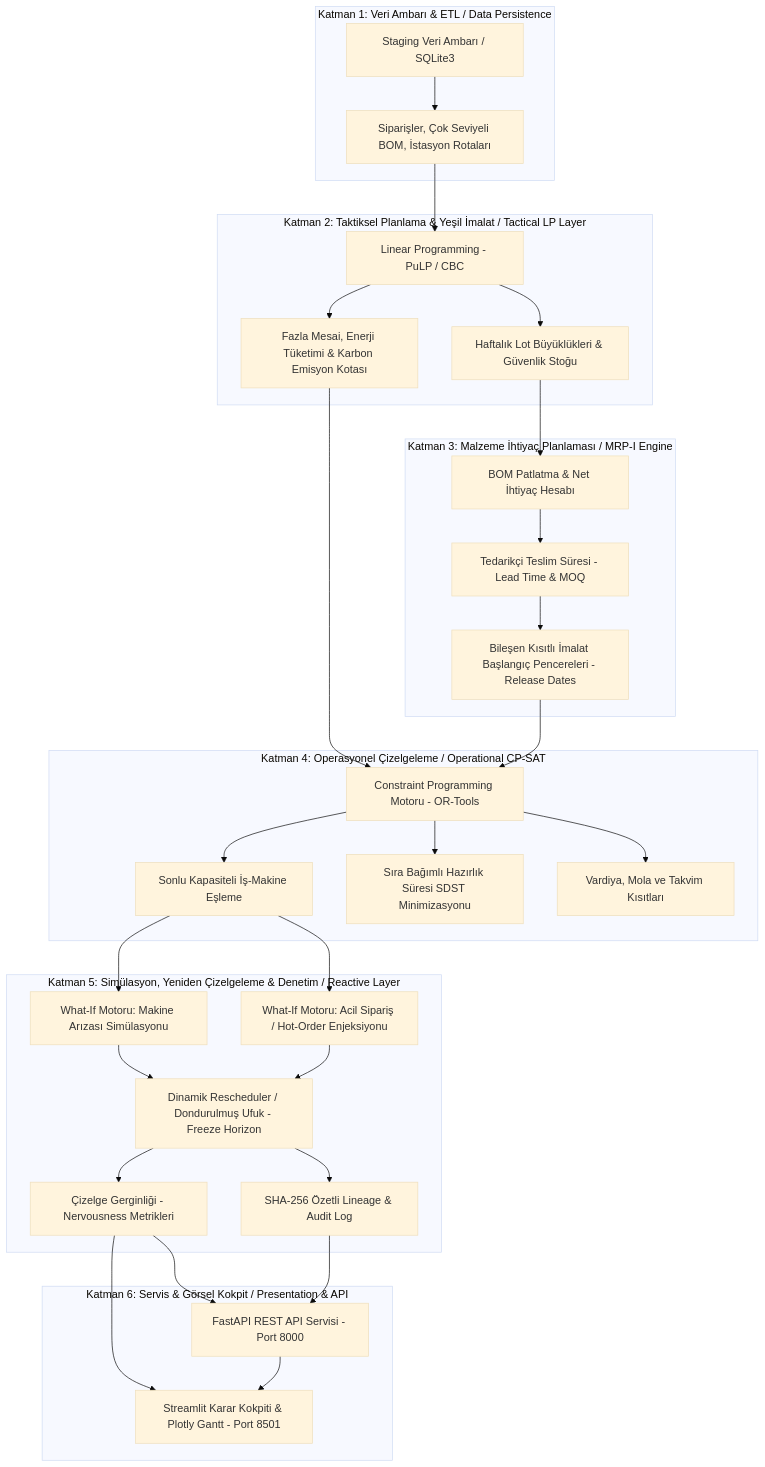
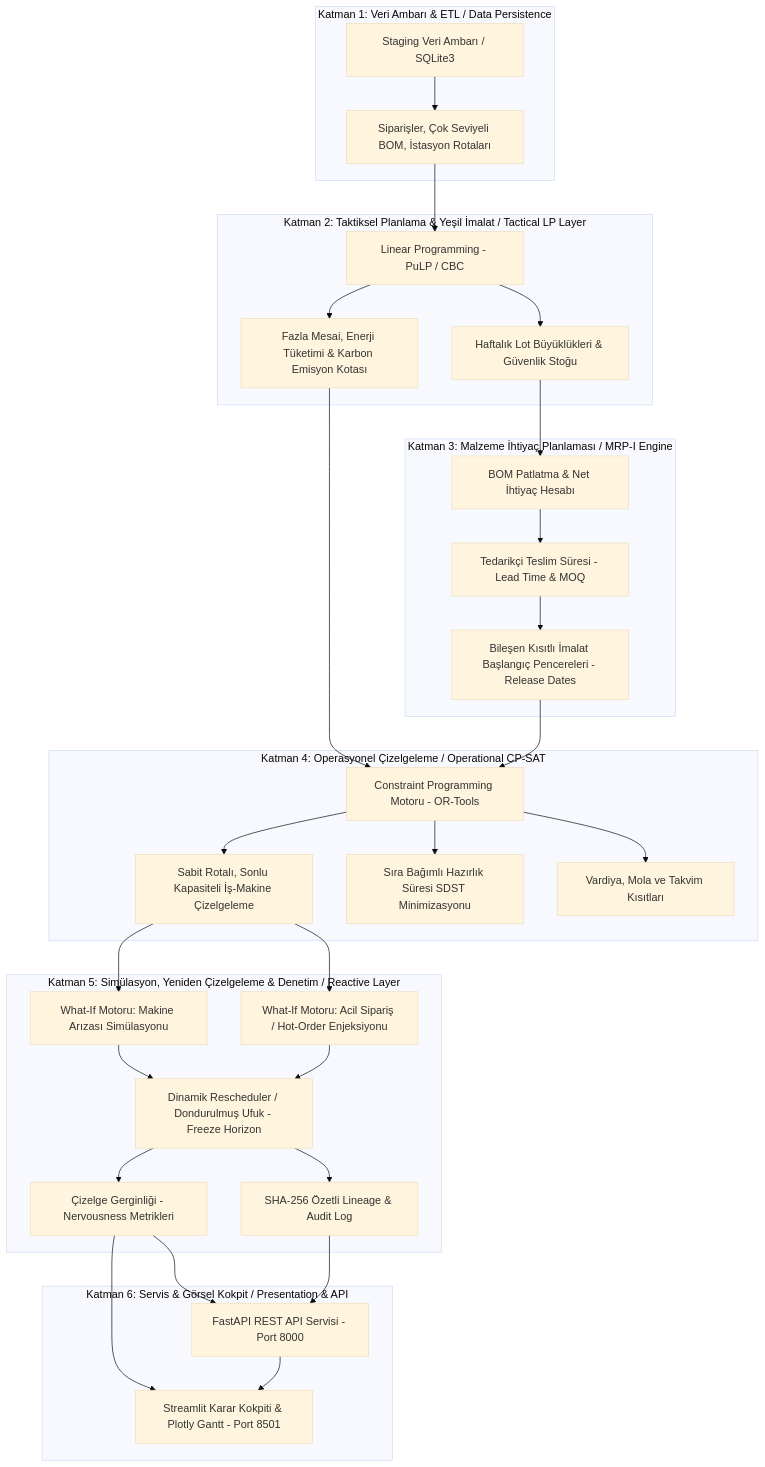
Before and after one commit to AliUmutKazak/factory-decision-intelligence: the diagram in README.md, drawn with Mermaid (base theme). The commit also changed other lines of this file and 14 other files, not shown here.

````diff
--- a/README.md
+++ b/README.md
@@ -70,42 +72,42 @@
 ```mermaid
 flowchart TD
     subgraph layer1["Katman 1: Veri Ambarı & ETL / Data Persistence"]
         A["Staging Veri Ambarı / SQLite3"] --> B["Siparişler, Çok Seviyeli BOM, İstasyon Rotaları"]
     end
 
     subgraph layer2["Katman 2: Taktiksel Planlama & Yeşil İmalat / Tactical LP Layer"]
         B --> C["Linear Programming - PuLP / CBC"]
         C --> D["Haftalık Lot Büyüklükleri & Güvenlik Stoğu"]
         C --> E["Fazla Mesai, Enerji Tüketimi & Karbon Emisyon Kotası"]
     end
 
     subgraph layer3["Katman 3: Malzeme İhtiyaç Planlaması / MRP-I Engine"]
         D --> F["BOM Patlatma & Net İhtiyaç Hesabı"]
         F --> G["Tedarikçi Teslim Süresi - Lead Time & MOQ"]
         G --> H["Bileşen Kısıtlı İmalat Başlangıç Pencereleri - Release Dates"]
     end
 
     subgraph layer4["Katman 4: Operasyonel Çizelgeleme / Operational CP-SAT"]
         E --> I["Constraint Programming Motoru - OR-Tools"]
         H --> I
-        I --> J["Sonlu Kapasiteli İş-Makine Eşleme"]
+        I --> J["Sabit Rotalı, Sonlu Kapasiteli İş-Makine Çizelgeleme"]
         I --> K["Sıra Bağımlı Hazırlık Süresi SDST Minimizasyonu"]
         I --> L["Vardiya, Mola ve Takvim Kısıtları"]
     end
 
     subgraph layer5["Katman 5: Simülasyon, Yeniden Çizelgeleme & Denetim / Reactive Layer"]
         J --> M["What-If Motoru: Makine Arızası Simülasyonu"]
         J --> N["What-If Motoru: Acil Sipariş / Hot-Order Enjeksiyonu"]
         M --> O["Dinamik Rescheduler / Dondurulmuş Ufuk - Freeze Horizon"]
         N --> O
         O --> P["Çizelge Gerginliği - Nervousness Metrikleri"]
         O --> Q["SHA-256 Özetli Lineage & Audit Log"]
     end
 
     subgraph layer6["Katman 6: Servis & Görsel Kokpit / Presentation & API"]
         P --> R["FastAPI REST API Servisi - Port 8000"]
         Q --> R
         P --> S["Streamlit Karar Kokpiti & Plotly Gantt - Port 8501"]
         R --> S
     end
 ```
````
